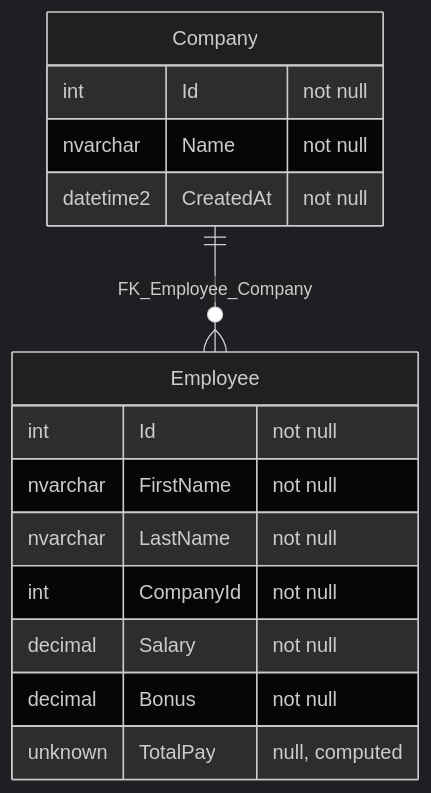
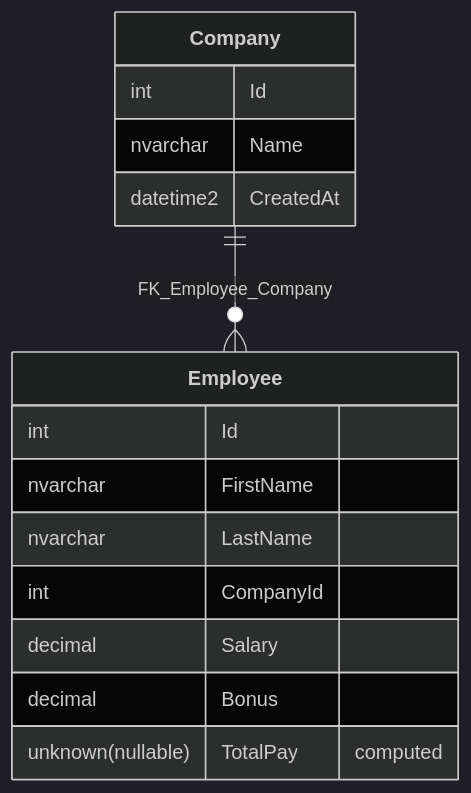
The diagram in src/SqlServerToMermaid.Tests/Tests.RenderMarkdownFromScript.verified.md (SimonCropp/DbToMermaid), drawn with Mermaid (dark theme) before and after one commit. The commit also changed 41 other files, not shown here.

````diff
--- a/src/SqlServerToMermaid.Tests/Tests.RenderMarkdownFromScript.verified.md
+++ b/src/SqlServerToMermaid.Tests/Tests.RenderMarkdownFromScript.verified.md
@@ -1,18 +1,18 @@
 ```mermaid
 erDiagram
-  Company {
-    int Id "not null"
-    nvarchar Name "not null"
-    datetime2 CreatedAt "not null"
+  Company["**Company**"] {
+    int Id
+    nvarchar Name
+    datetime2 CreatedAt
   }
-  Employee {
-    int Id "not null"
-    nvarchar FirstName "not null"
-    nvarchar LastName "not null"
-    int CompanyId "not null"
-    decimal Salary "not null"
-    decimal Bonus "not null"
-    unknown TotalPay "null, computed"
+  Employee["**Employee**"] {
+    int Id
+    nvarchar FirstName
+    nvarchar LastName
+    int CompanyId
+    decimal Salary
+    decimal Bonus
+    unknown(nullable) TotalPay "computed"
   }
   Company ||--o{ Employee : "FK_Employee_Company"
 ```
````
